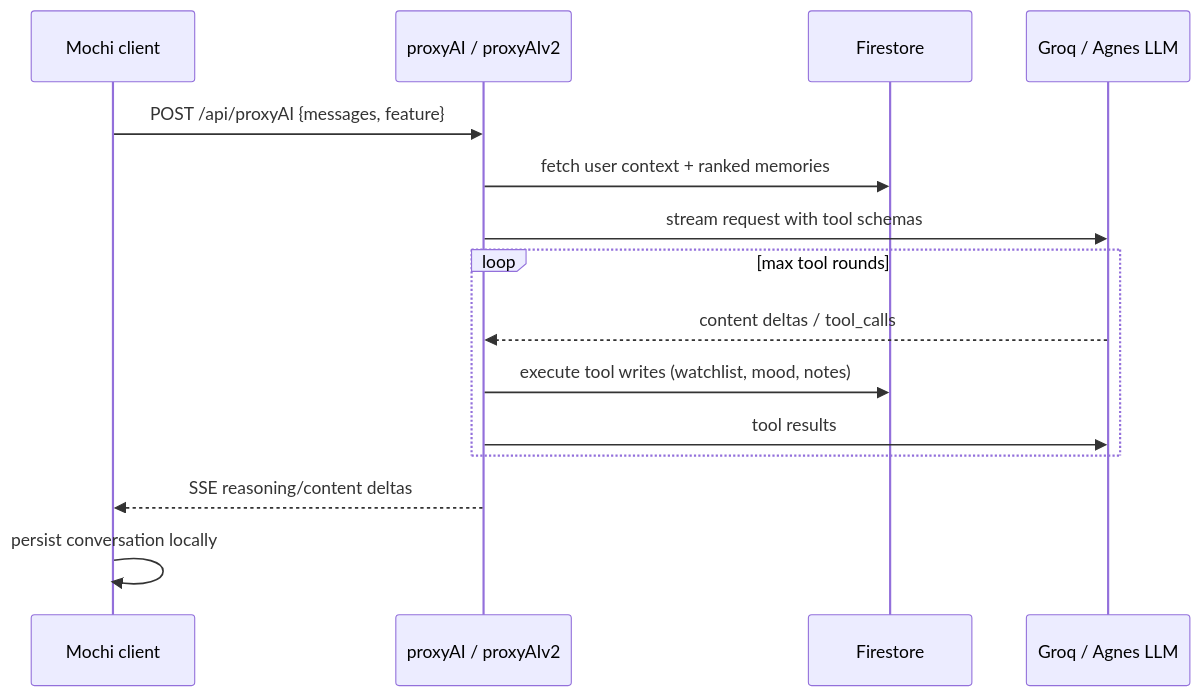
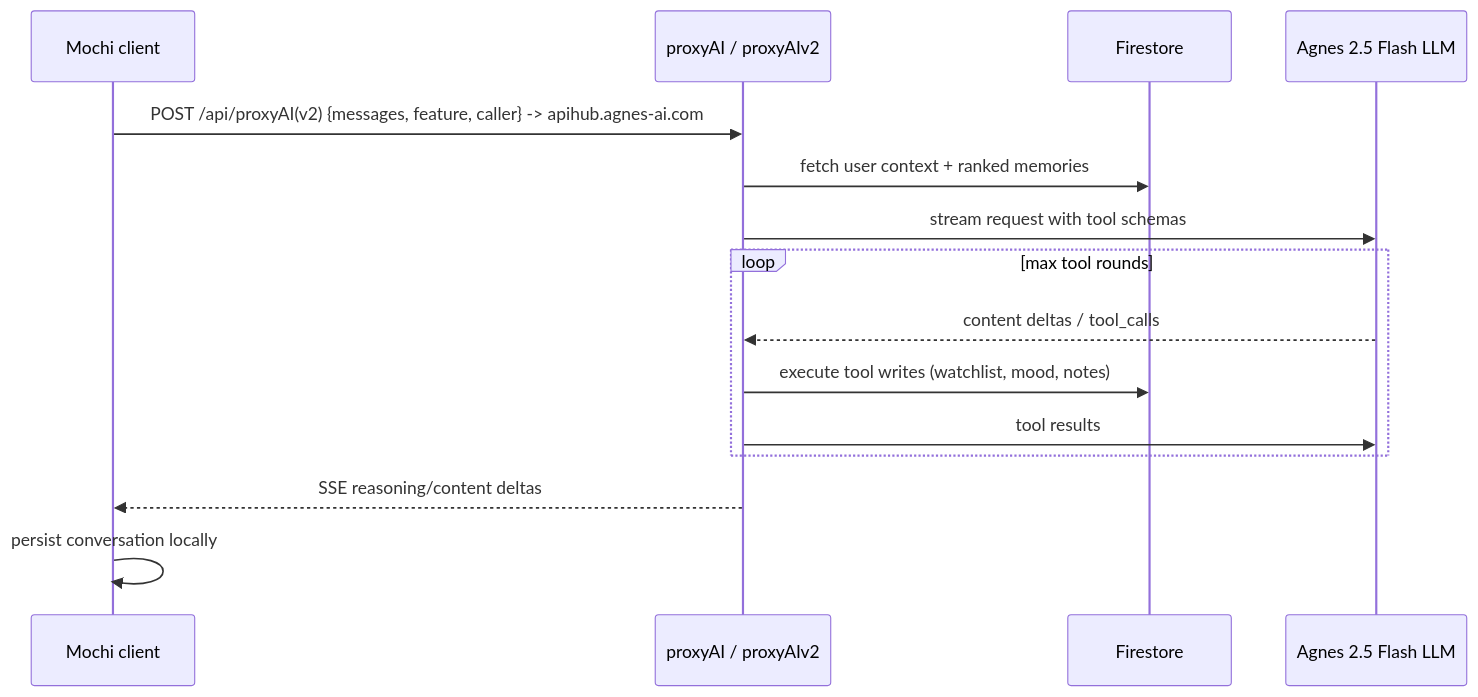
Before and after one commit to khentmoba/Everglow: the sixth of 7 diagrams in docs/ARCHITECTURE.md, drawn with Mermaid. The commit also changed other lines of this file and 153 other files, not shown here.

````diff
--- a/docs/ARCHITECTURE.md
+++ b/docs/ARCHITECTURE.md
@@ -240,18 +240,18 @@
 ```mermaid
 sequenceDiagram
   participant C as Mochi client
   participant F as proxyAI / proxyAIv2
   participant DB as Firestore
-  participant L as Groq / Agnes LLM
+  participant L as Agnes 2.5 Flash LLM
 
-  C->>F: POST /api/proxyAI {messages, feature}
+  C->>F: POST /api/proxyAI(v2) {messages, feature, caller} -> apihub.agnes-ai.com
   F->>DB: fetch user context + ranked memories
   F->>L: stream request with tool schemas
   loop max tool rounds
     L-->>F: content deltas / tool_calls
     F->>DB: execute tool writes (watchlist, mood, notes)
     F->>L: tool results
   end
   F-->>C: SSE reasoning/content deltas
   C->>C: persist conversation locally
 ```
````
